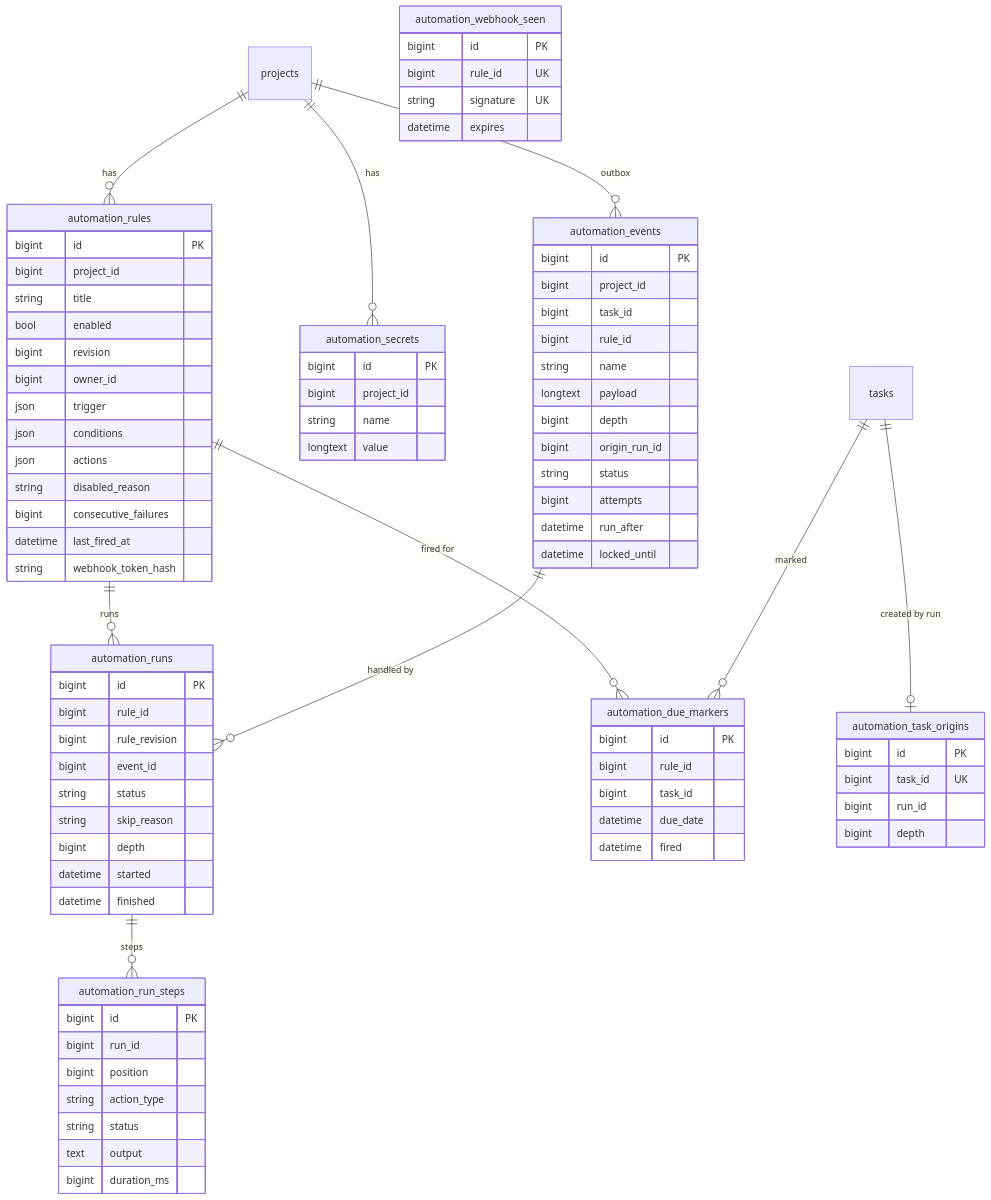
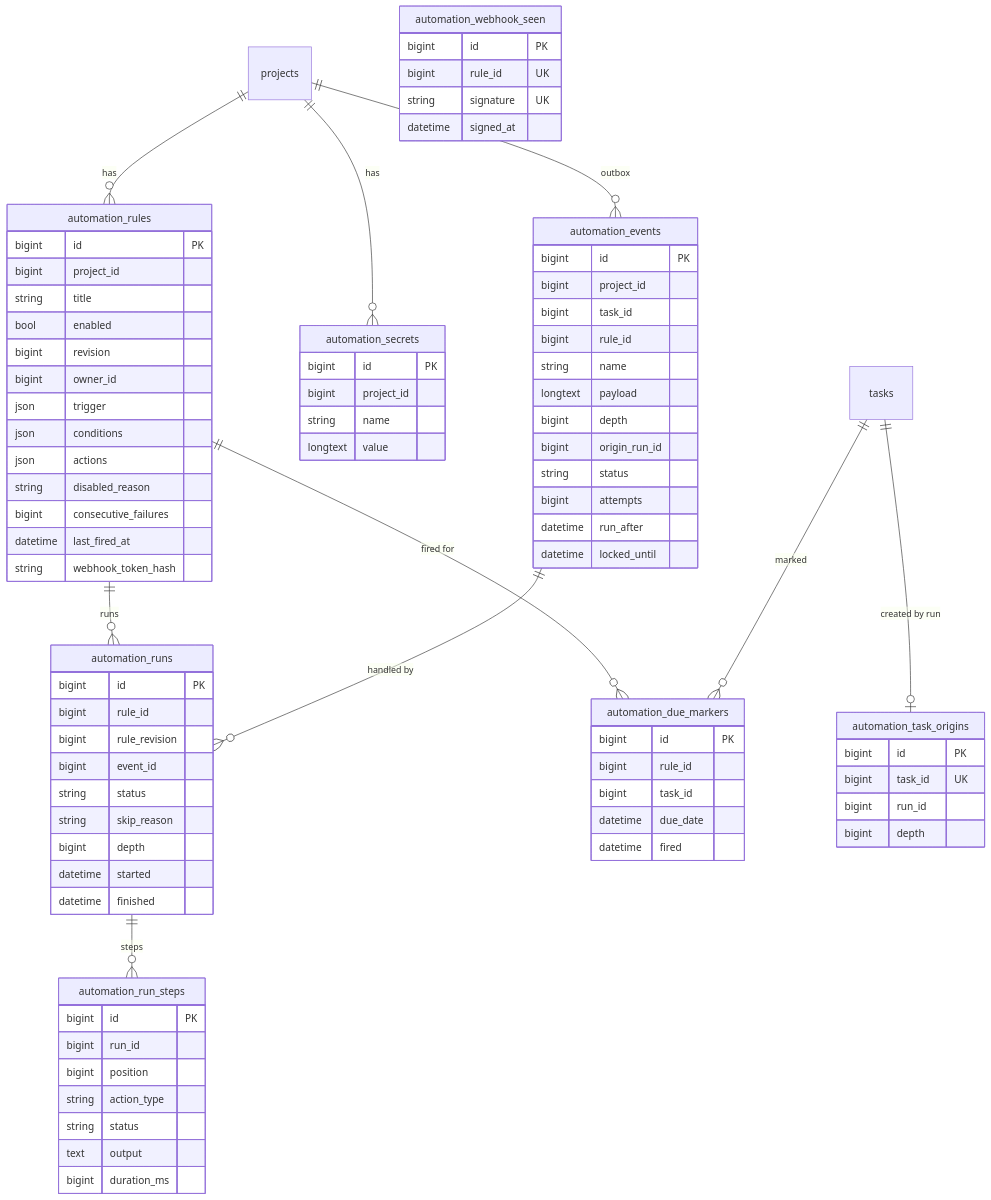
The diagram in docs/modules/automation.md (bahadirdogru/vikunja-enterprise), drawn with Mermaid before and after one commit. The commit also changed other lines of this file and 4 other files, not shown here.

````diff
--- a/docs/modules/automation.md
+++ b/docs/modules/automation.md
@@ -350,6 +350,6 @@
         bigint id PK
         bigint rule_id UK
         string signature UK
-        datetime expires
+        datetime signed_at
     }
 ```
````
